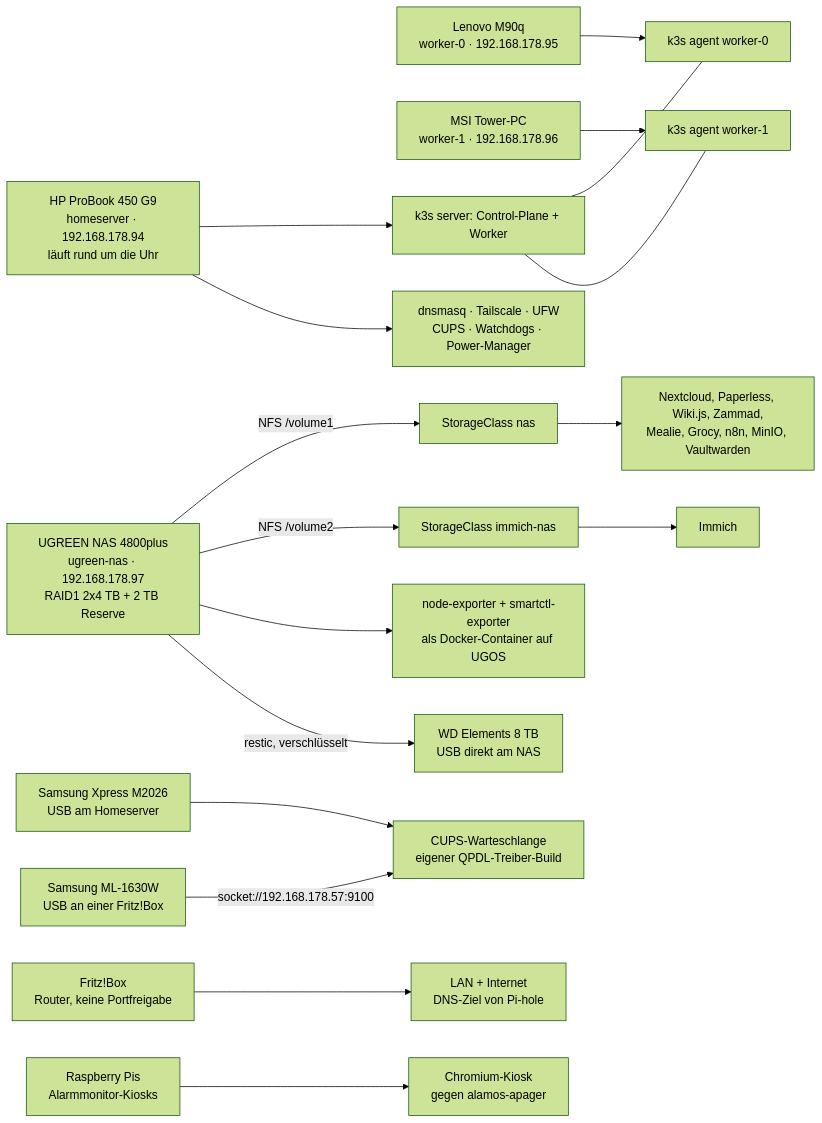
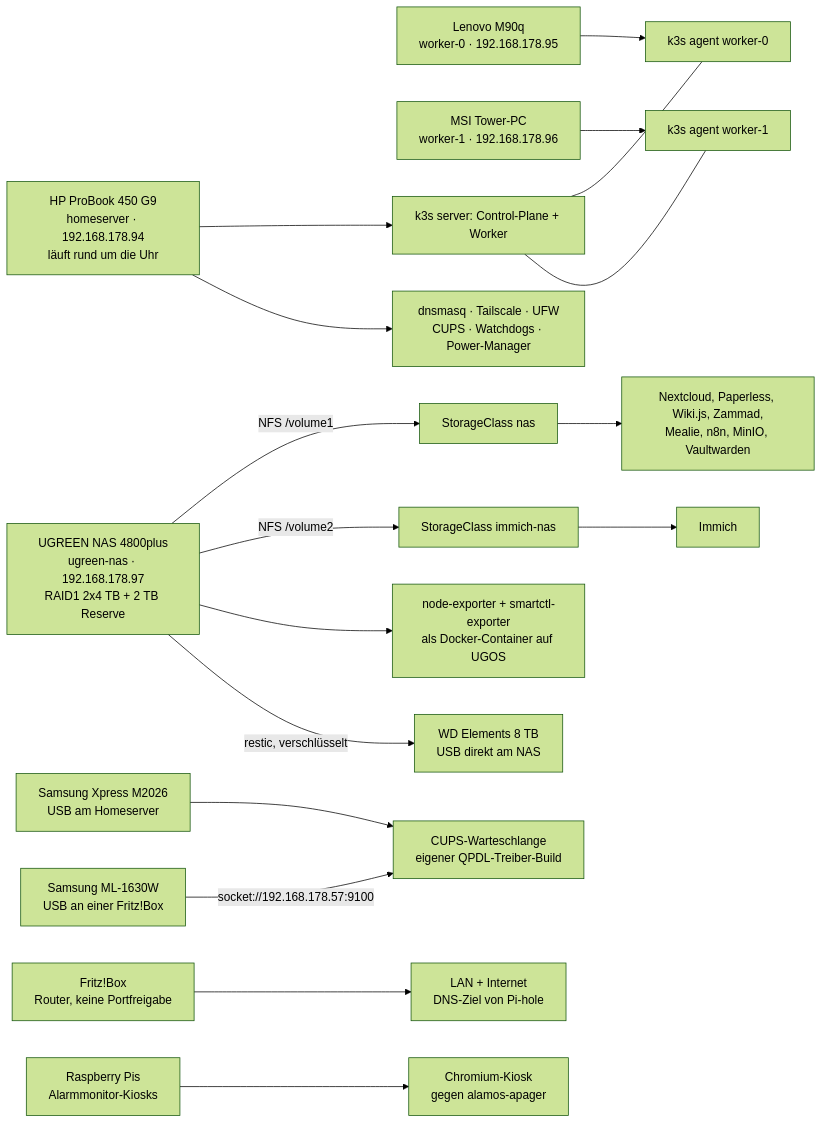
One commit to pkr-lab/capulus-core changed the second of 5 diagrams in docs/01-overview.md. Above: the diagram before and after it, drawn with Mermaid (forest theme). The commit also changed other lines of this file and 20 other files, not shown here.

````diff
--- a/docs/01-overview.md
+++ b/docs/01-overview.md
@@ -106,30 +106,30 @@
 ```mermaid
 flowchart LR
     HP["HP ProBook 450 G9<br/>homeserver · 192.168.178.94<br/>läuft rund um die Uhr"]
     LEN["Lenovo M90q<br/>worker-0 · 192.168.178.95"]
     MSI["MSI Tower-PC<br/>worker-1 · 192.168.178.96"]
     NAS["UGREEN NAS 4800plus<br/>ugreen-nas · 192.168.178.97<br/>RAID1 2x4 TB + 2 TB Reserve"]
     WD["WD Elements 8 TB<br/>USB direkt am NAS"]
     PR1["Samsung Xpress M2026<br/>USB am Homeserver"]
     PR2["Samsung ML-1630W<br/>USB an einer Fritz!Box"]
     FB["Fritz!Box<br/>Router, keine Portfreigabe"]
     PI["Raspberry Pis<br/>Alarmmonitor-Kiosks"]
 
     HP --> CP["k3s server: Control-Plane + Worker"]
     HP --> HOST["dnsmasq · Tailscale · UFW<br/>CUPS · Watchdogs · Power-Manager"]
     LEN --> AG0["k3s agent worker-0"]
     MSI --> AG1["k3s agent worker-1"]
     NAS -->|"NFS /volume1"| SC1["StorageClass nas"]
     NAS -->|"NFS /volume2"| SC2["StorageClass immich-nas"]
     NAS --> EXP["node-exporter + smartctl-exporter<br/>als Docker-Container auf UGOS"]
     NAS -->|"restic, verschlüsselt"| WD
     PR1 --> CUPS["CUPS-Warteschlange<br/>eigener QPDL-Treiber-Build"]
     PR2 -->|"socket://192.168.178.57:9100"| CUPS
     FB --> LAN["LAN + Internet<br/>DNS-Ziel von Pi-hole"]
     PI --> KIOSK["Chromium-Kiosk<br/>gegen alamos-apager"]
 
     CP --- AG0
     CP --- AG1
-    SC1 --> APPS["Nextcloud, Paperless, Wiki.js, Zammad,<br/>Mealie, Grocy, n8n, MinIO, Vaultwarden"]
+    SC1 --> APPS["Nextcloud, Paperless, Wiki.js, Zammad,<br/>Mealie, n8n, MinIO, Vaultwarden"]
     SC2 --> IMM["Immich"]
 ```
````
